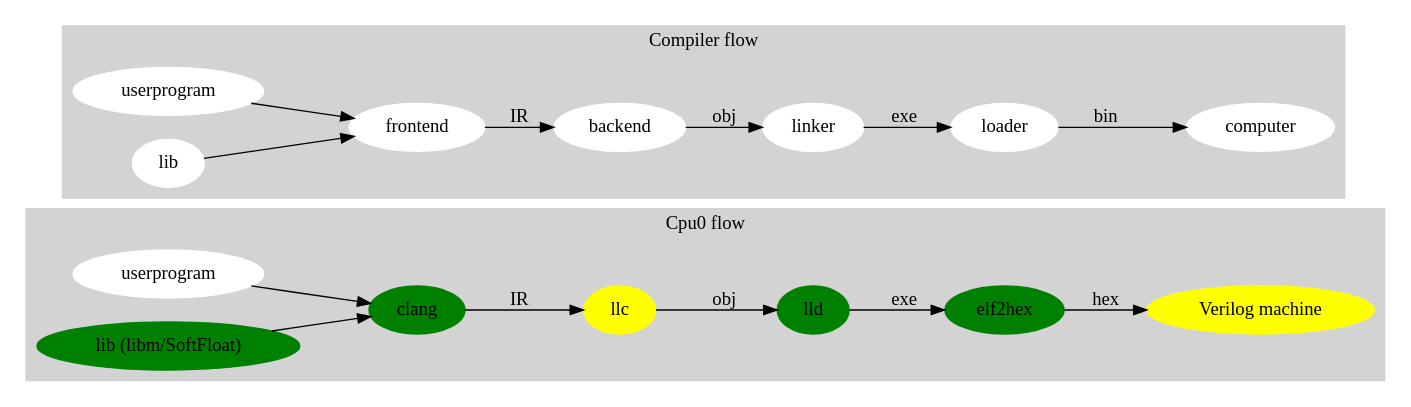
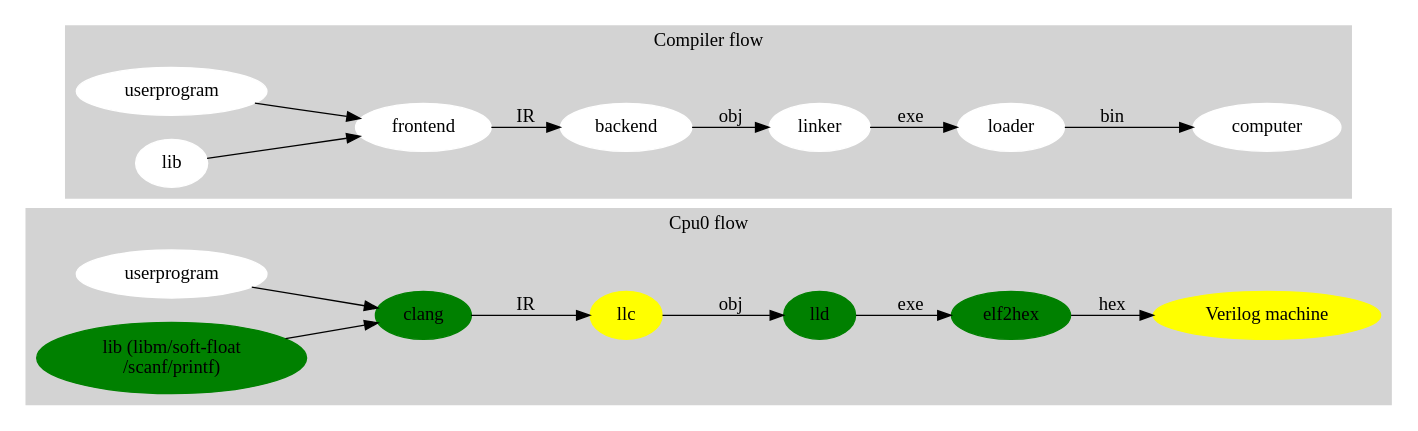
One commit to Jonathan2251/lbt changed the diagram in Fig/about/mywork_1.gv. Above: the diagram before and after it, drawn with Graphviz. The commit also changed 18 other files, not shown here.

```diff
--- a/Fig/about/mywork_1.gv
+++ b/Fig/about/mywork_1.gv
@@ -1,33 +1,33 @@
 digraph G {
 
   rankdir=LR;
   subgraph cluster_1 {
     style=filled;
     color=lightgrey;
     label = "Cpu0 flow";
     node [style=filled,color=white]; usercode [label = "userprogram"];
-    node [style=filled,color=green]; sflib [label = "lib (libm/SoftFloat)"];
+    node [style=filled,color=green]; sflib [label = "lib (libm/soft-float\n/scanf/printf)"];
     node [style=filled,color=green]; clang;
     node [style=filled,color=yellow]; llc, "Verilog machine";
     node [style=filled,color=green]; lld, elf2hex;
     usercode -> clang;
     sflib -> clang;
     clang -> llc [ label = "IR" ];
     llc -> lld [ label = "obj" ];
     lld -> elf2hex [ label = "exe" ];
     elf2hex -> "Verilog machine" [ label = "hex" ];
   }
   subgraph cluster_0 {
     style=filled;
     label = "Compiler flow";
     node [style=filled,color=white]; userprogram, lib, frontend, backend, linker, loader, computer; 
       userprogram -> frontend;
       lib -> frontend;
       frontend -> backend [ label = "IR" ];
       backend -> linker [ label = "obj" ];
       linker -> loader [ label = "exe" ];
       loader -> computer [ label = "bin" ];
       color=lightgrey
   }
 
 }
```
